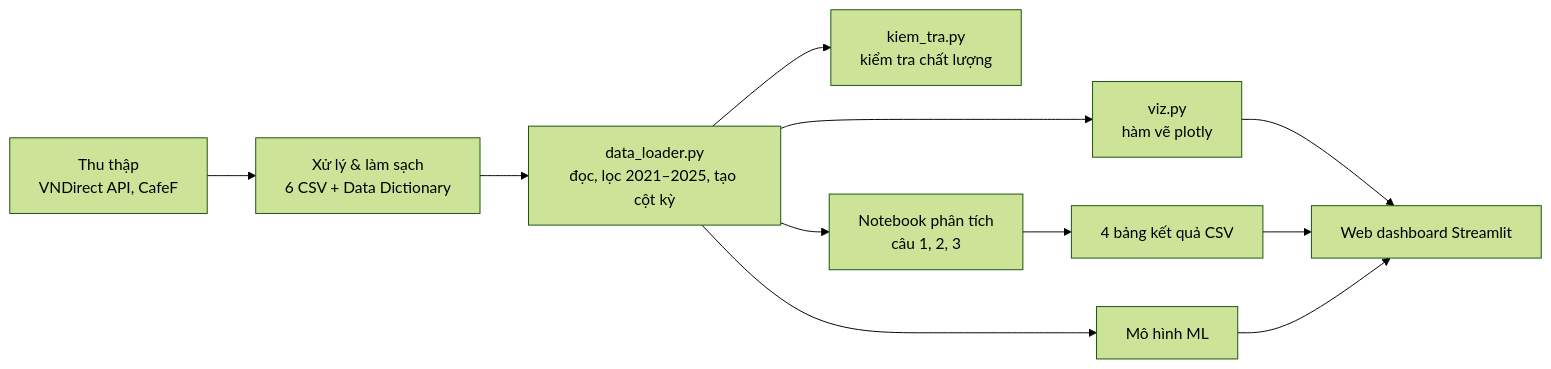
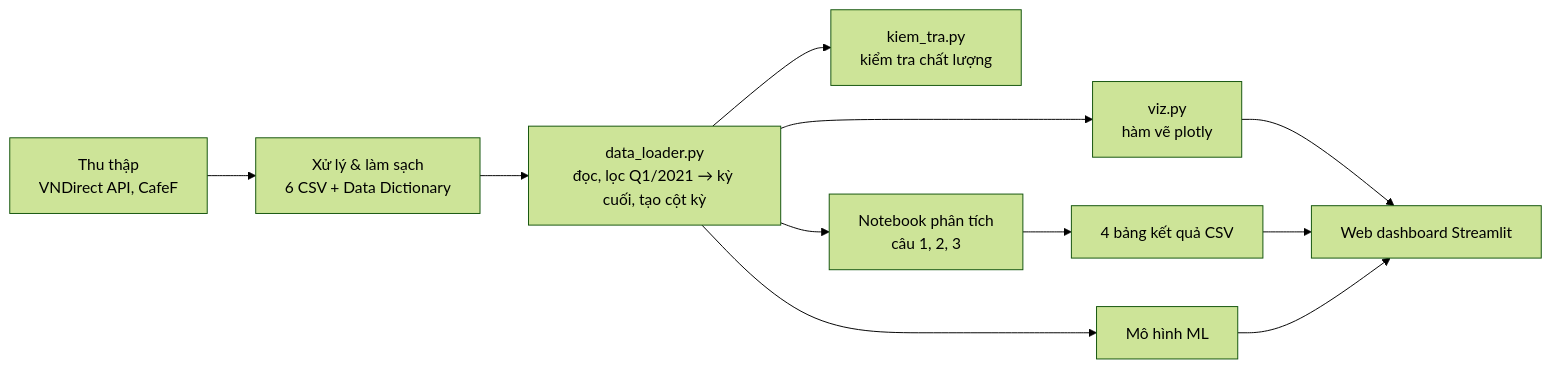
The diagram in Nghi/Nhóm5-PTDL/GL2_khau_truc_quan_thong_ke.md (maihan88/nhom5-ngan-hang), drawn with Mermaid (forest theme) before and after one commit. The commit also changed 61 other files, not shown here.

````diff
--- a/Nghi/Nhóm5-PTDL/GL2_khau_truc_quan_thong_ke.md
+++ b/Nghi/Nhóm5-PTDL/GL2_khau_truc_quan_thong_ke.md
@@ -9,13 +9,13 @@
 ```mermaid
 flowchart LR
     A[Thu thập<br/>VNDirect API, CafeF] --> B[Xử lý & làm sạch<br/>6 CSV + Data Dictionary]
-    B --> C1[data_loader.py<br/>đọc, lọc 2021–2025, tạo cột kỳ]
+    B --> C1[data_loader.py<br/>đọc, lọc Q1/2021 → kỳ cuối, tạo cột kỳ]
     C1 --> C2[kiem_tra.py<br/>kiểm tra chất lượng]
     C1 --> C3[viz.py<br/>hàm vẽ plotly]
     C1 --> C4[Notebook phân tích<br/>câu 1, 2, 3]
     C4 --> C5[4 bảng kết quả CSV]
     C1 --> D[Mô hình ML]
     C3 --> E[Web dashboard Streamlit]
     C5 --> E
     D --> E
 ```
````
